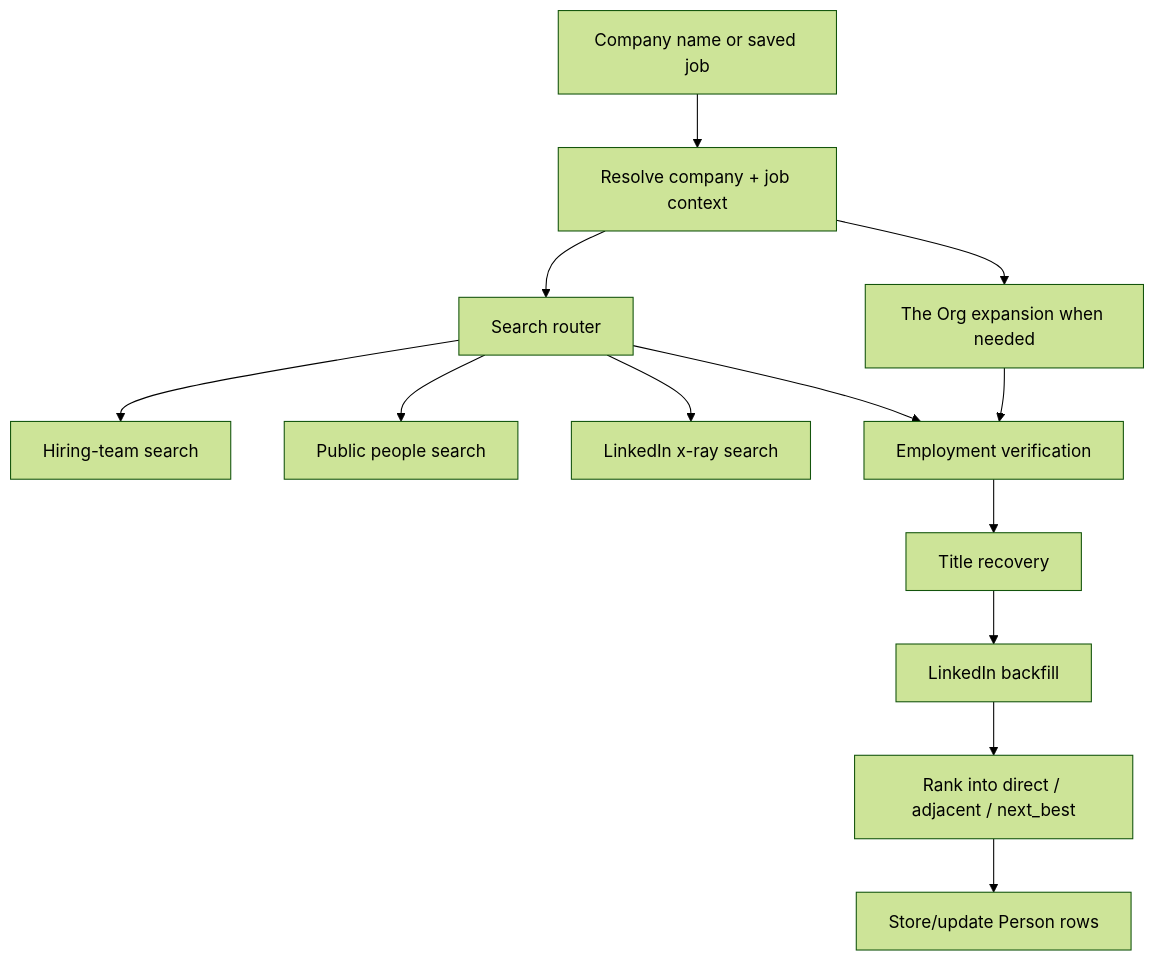
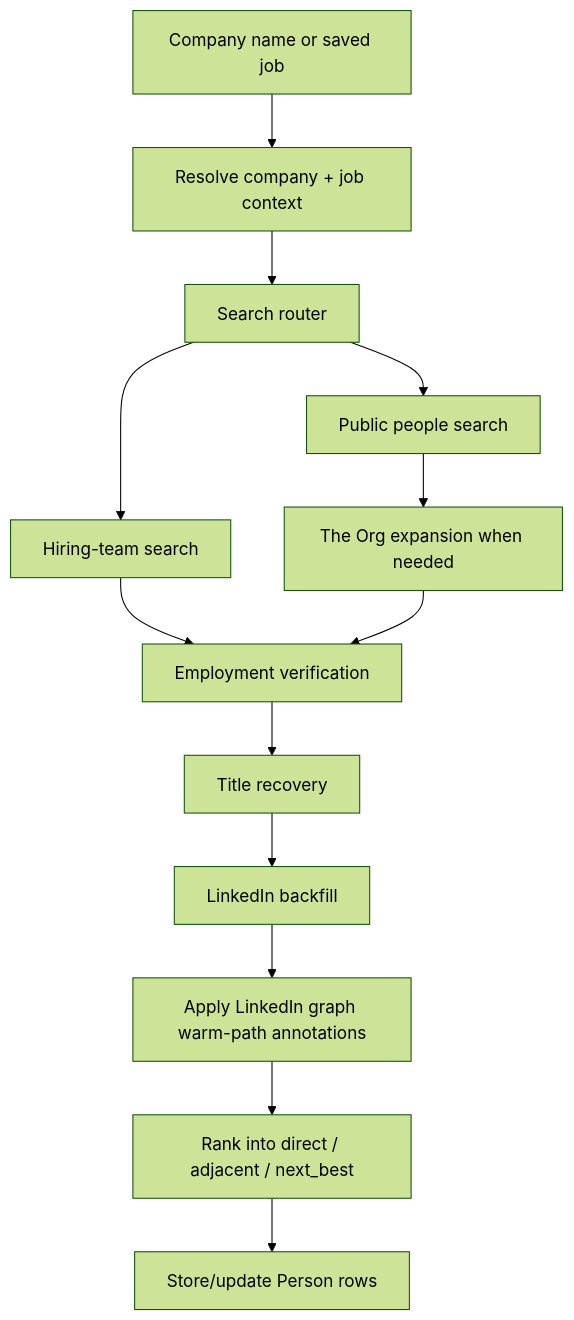
The third of 4 diagrams in architecture.md (mayowa2133/NexusReach), drawn with Mermaid (forest theme) before and after one commit. The commit also changed other lines of this file and 22 other files, not shown here.

````diff
--- a/architecture.md
+++ b/architecture.md
@@ -255,15 +286,15 @@
 ```mermaid
 flowchart TD
     TARGET["Company name or saved job"] --> CONTEXT["Resolve company + job context"]
     CONTEXT --> SEARCH["Search router"]
     SEARCH --> HIRING["Hiring-team search"]
     SEARCH --> PUBLIC["Public people search"]
-    SEARCH --> LINKEDIN["LinkedIn x-ray search"]
-    CONTEXT --> THEORG["The Org expansion when needed"]
-    THEORG --> VERIFY["Employment verification"]
-    SEARCH --> VERIFY
+    PUBLIC --> THEORG["The Org expansion when needed"]
+    HIRING --> VERIFY["Employment verification"]
+    THEORG --> VERIFY
     VERIFY --> TITLE["Title recovery"]
     TITLE --> BACKFILL["LinkedIn backfill"]
-    BACKFILL --> RANK["Rank into direct / adjacent / next_best"]
+    BACKFILL --> GRAPH["Apply LinkedIn graph warm-path annotations"]
+    GRAPH --> RANK["Rank into direct / adjacent / next_best"]
     RANK --> STORE["Store/update Person rows"]
 ```
````
